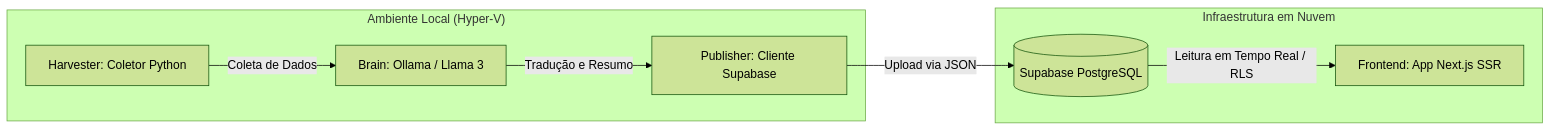
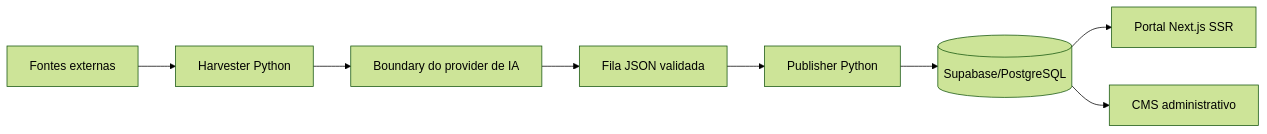
Before and after one commit to Gyliardson/little-mere-news: the diagram in README.pt-br.md, drawn with Mermaid (forest theme). The commit also changed other lines of this file, not shown here.

````diff
--- a/README.pt-br.md
+++ b/README.pt-br.md
@@ -23,20 +10,10 @@
 ```mermaid
 flowchart LR
-    subgraph Local["Ambiente Local (Hyper-V)"]
-        H[Harvester: Coletor Python]
-        B[Brain: Ollama / Llama 3]
-        P[Publisher: Cliente Supabase]
-        
-        H -->|Coleta de Dados| B
-        B -->|Tradução e Resumo| P
-    end
-    
-    subgraph Cloud["Infraestrutura em Nuvem"]
-        DB[(Supabase PostgreSQL)]
-        R[Frontend: App Next.js SSR]
-        
-        DB -->|Leitura em Tempo Real / RLS| R
-    end
-
-    P -->|Upload via JSON| DB
+  S[Fontes externas] --> H[Harvester Python]
+  H --> A[Boundary do provider de IA]
+  A --> Q[Fila JSON validada]
+  Q --> P[Publisher Python]
+  P --> DB[(Supabase/PostgreSQL)]
+  DB --> W[Portal Next.js SSR]
+  DB --> C[CMS administrativo]
 ```
````
